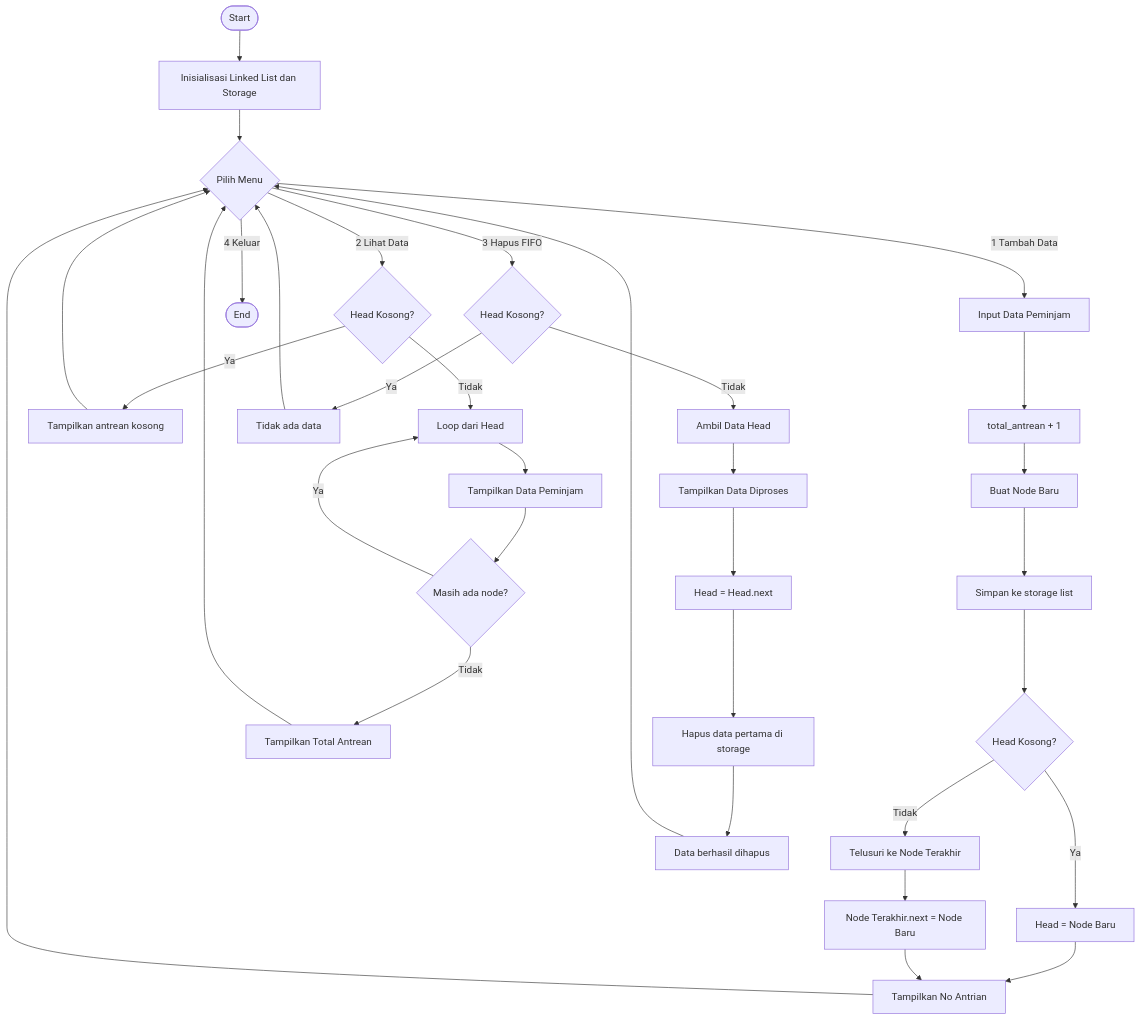
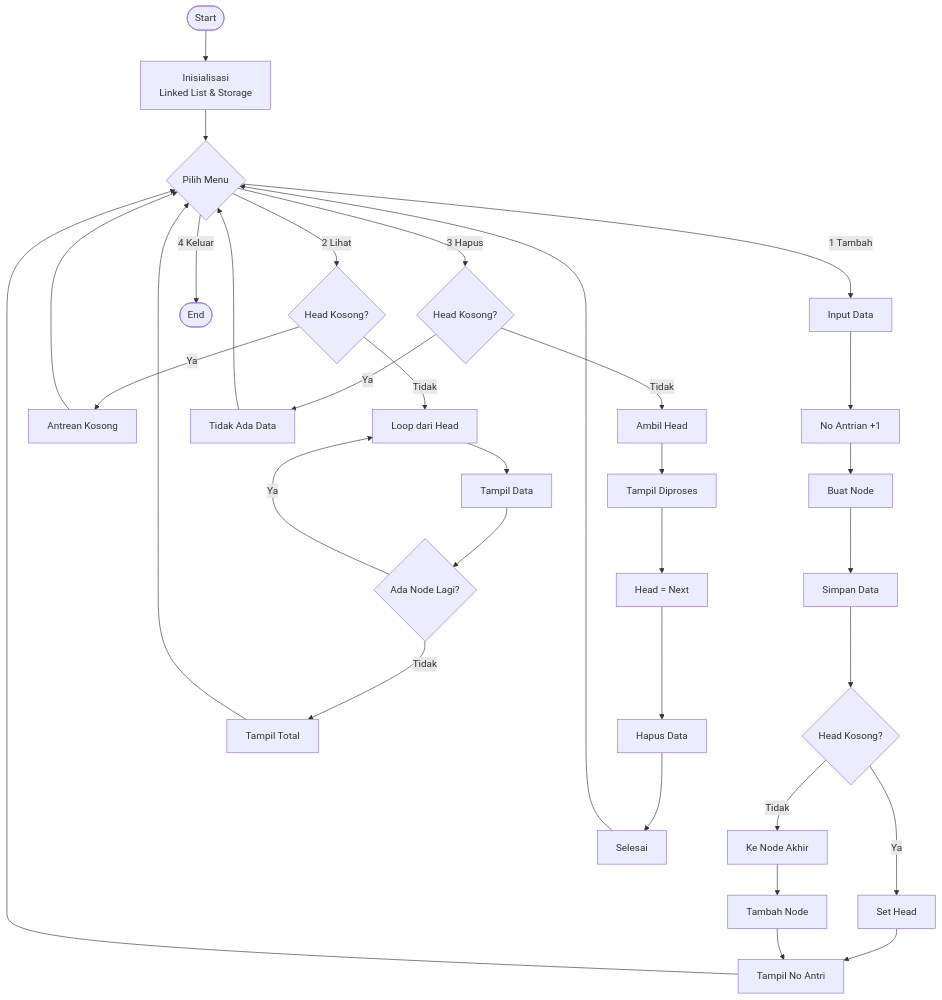
One commit to Wilsaadwi/StrukturData_Project_UTS_A-IF changed the diagram in README.md. Above: the diagram before and after it, drawn with Mermaid.

````diff
--- a/README.md
+++ b/README.md
@@ -110,45 +110,43 @@
 ```mermaid
-flowchart TD
-    A([Start]) --> B[Inisialisasi Linked List dan Storage]
+flowchart TB
+    A([Start]) --> B[Inisialisasi\nLinked List & Storage]
     B --> C{Pilih Menu}
 
-    C -->|1 Tambah Data| D[Input Data Peminjam]
-    D --> E[total_antrean + 1]
-    E --> F[Buat Node Baru]
-
-    F --> G[Simpan ke storage list]
+    %% ===== TAMBAH DATA =====
+    C -->|1 Tambah| D[Input Data]
+    D --> E[No Antrian +1]
+    E --> F[Buat Node]
+    F --> G[Simpan Data]
     G --> H{Head Kosong?}
-
-    H -->|Ya| I[Head = Node Baru]
-    H -->|Tidak| J[Telusuri ke Node Terakhir]
-    J --> K[Node Terakhir.next = Node Baru]
-
-    I --> L[Tampilkan No Antrian]
+    H -->|Ya| I[Set Head]
+    H -->|Tidak| J[Ke Node Akhir]
+    J --> K[Tambah Node]
+    I --> L[Tampil No Antri]
     K --> L
     L --> C
 
-    C -->|2 Lihat Data| M{Head Kosong?}
-    M -->|Ya| N[Tampilkan antrean kosong]
+    %% ===== LIHAT DATA =====
+    C -->|2 Lihat| M{Head Kosong?}
+    M -->|Ya| N[Antrean Kosong]
     M -->|Tidak| O[Loop dari Head]
-
-    O --> P[Tampilkan Data Peminjam]
-    P --> Q{Masih ada node?}
-
+    O --> P[Tampil Data]
+    P --> Q{Ada Node Lagi?}
     Q -->|Ya| O
-    Q -->|Tidak| R[Tampilkan Total Antrean]
+    Q -->|Tidak| R[Tampil Total]
     R --> C
     N --> C
 
-    C -->|3 Hapus FIFO| S{Head Kosong?}
-    S -->|Ya| T[Tidak ada data]
-    S -->|Tidak| U[Ambil Data Head]
-
-    U --> V[Tampilkan Data Diproses]
-    V --> W[Head = Head.next]
-    W --> X[Hapus data pertama di storage]
-    X --> Y[Data berhasil dihapus]
+    %% ===== HAPUS FIFO =====
+    C -->|3 Hapus| S{Head Kosong?}
+    S -->|Ya| T[Tidak Ada Data]
+    S -->|Tidak| U[Ambil Head]
+    U --> V[Tampil Diproses]
+    V --> W[Head = Next]
+    W --> X[Hapus Data]
+    X --> Y[Selesai]
     Y --> C
     T --> C
 
+    %% ===== KELUAR =====
     C -->|4 Keluar| Z([End])
 ```
````
